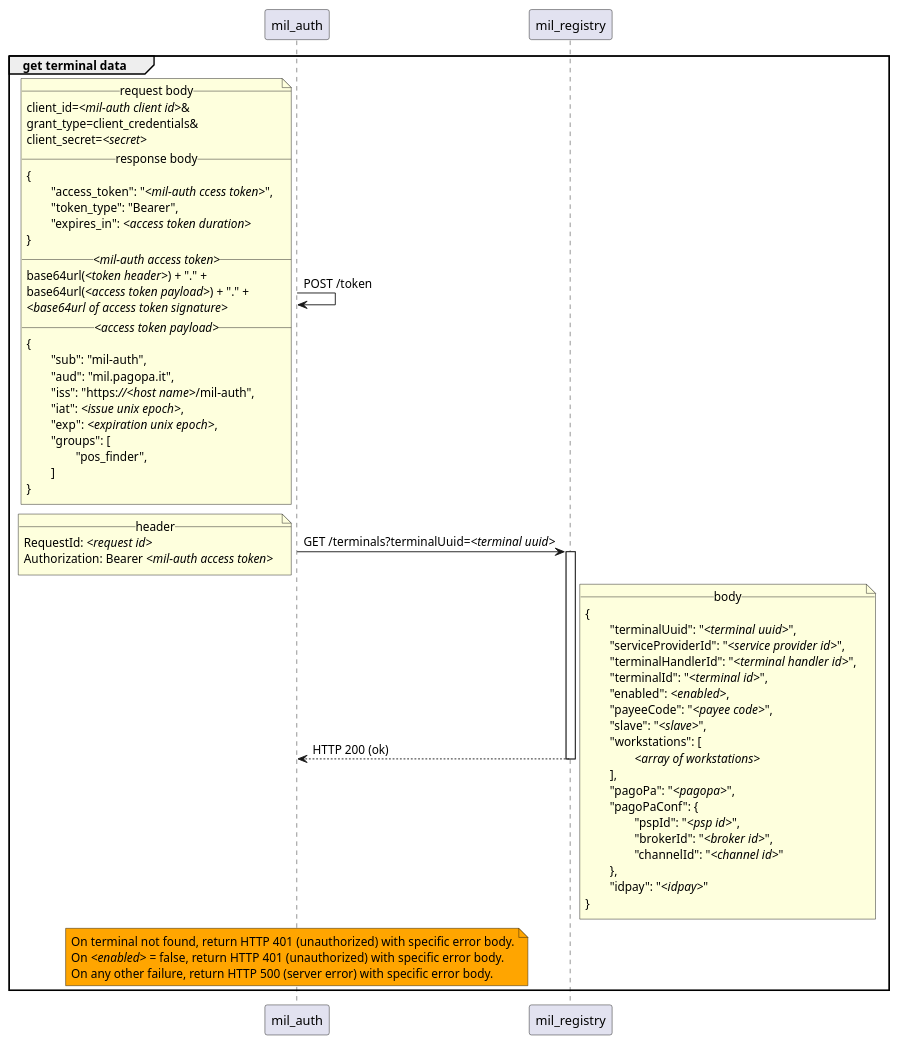
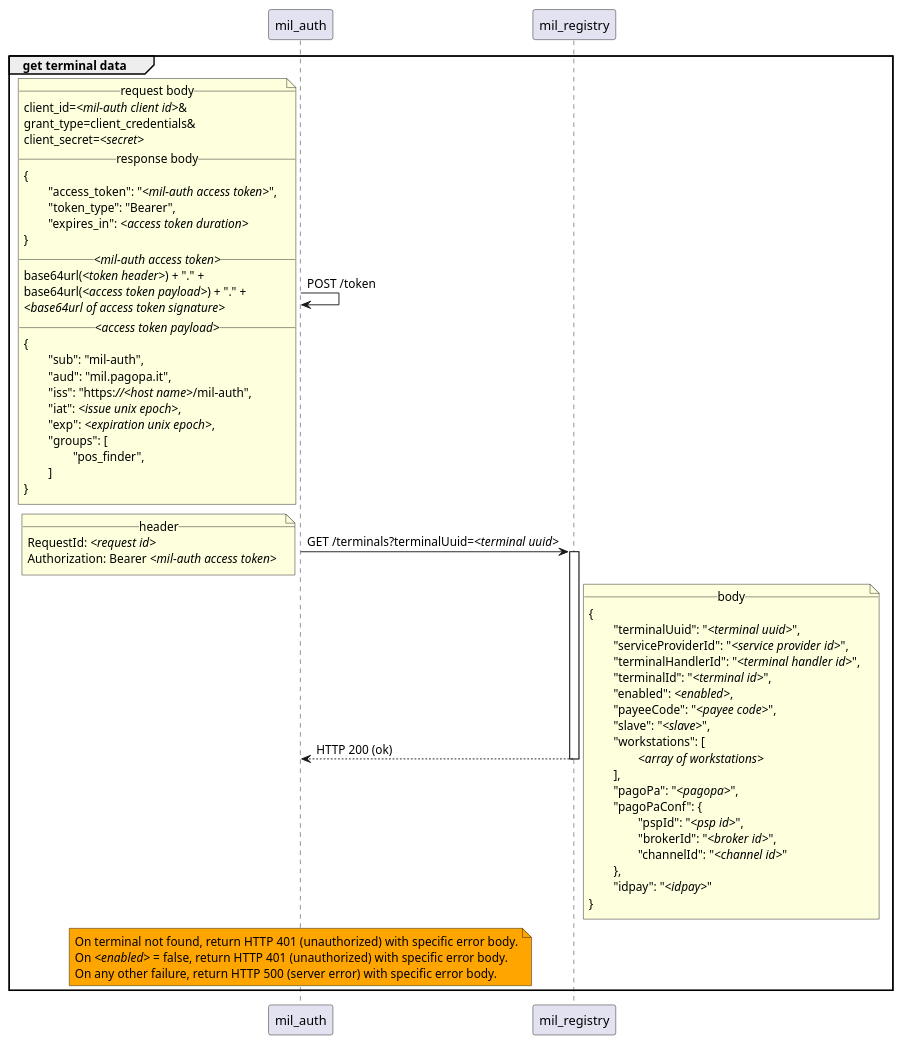
Before and after one commit to pagopa/mil-diags: the diagram in sequence_diags/pagoPA/pos_authorization/get_terminal_data_by_id.puml, drawn with PlantUML. The commit also changed 32 other files, not shown here.

```diff
--- a/sequence_diags/pagoPA/pos_authorization/get_terminal_data_by_id.puml
+++ b/sequence_diags/pagoPA/pos_authorization/get_terminal_data_by_id.puml
@@ -1,67 +1,67 @@
 group get terminal data
 	mil_auth -> mil_auth : POST /token
 		note left
 			__request body__
 			client_id=//<mil-auth client id>//&
 			grant_type=client_credentials&
 			client_secret=//<secret>//
 			__response body__
 			{
-				"access_token": "//<mil-auth ccess token>//",
+				"access_token": "//<mil-auth access token>//",
 				"token_type": "Bearer",
 				"expires_in": //<access token duration>//
 			}
 			__//<mil-auth access token>//__
 			base64url(//<token header>//) + "." +
 			base64url(//<access token payload>//) + "." +
 			//<base64url of access token signature>//
 			__//<access token payload>//__
 			{
 				"sub": "mil-auth",
 				"aud": "mil.pagopa.it",
 				"iss": "https:////<host name>///mil-auth",
 				"iat": //<issue unix epoch>//,
 				"exp": //<expiration unix epoch>//,
 				"groups": [
 					"pos_finder",
 				]
 			}
 		end note
 
 	mil_auth -> mil_registry ++ : GET /terminals?terminalUuid=//<terminal uuid>//
 		note left
 			__header__
 			RequestId: //<request id>//
 			Authorization: Bearer //<mil-auth access token>//
 		end note
 
 	mil_registry --> mil_auth -- : HTTP 200 (ok)
 		note right
 			__body__
 			{
 				"terminalUuid": "//<terminal uuid>//",
 				"serviceProviderId": "//<service provider id>//",
 				"terminalHandlerId": "//<terminal handler id>//",
 				"terminalId": "//<terminal id>//",
 				"enabled": //<enabled>//,
 				"payeeCode": "//<payee code>//",
 				"slave": "//<slave>//",
 				"workstations": [
 					//<array of workstations>//
 				],
 				"pagoPa": "//<pagopa>//",
 				"pagoPaConf": {
 					"pspId": "//<psp id>//",
 					"brokerId": "//<broker id>//",
 					"channelId": "//<channel id>//"
 				},
 				"idpay": "//<idpay>//"
 			}
 		end note
 
 	note over mil_auth #Orange
 		On terminal not found, return HTTP 401 (unauthorized) with specific error body.
 		On //<enabled>// = false, return HTTP 401 (unauthorized) with specific error body.
 		On any other failure, return HTTP 500 (server error) with specific error body. 
     end note
 end
```
